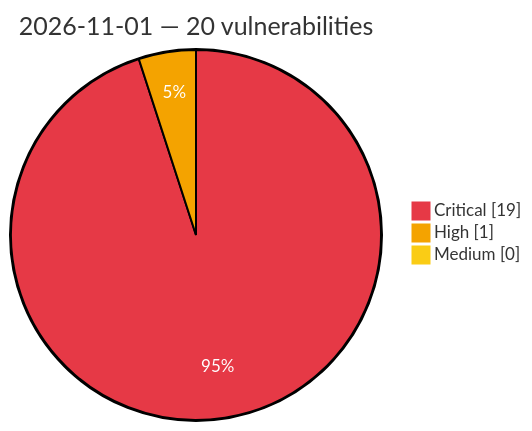
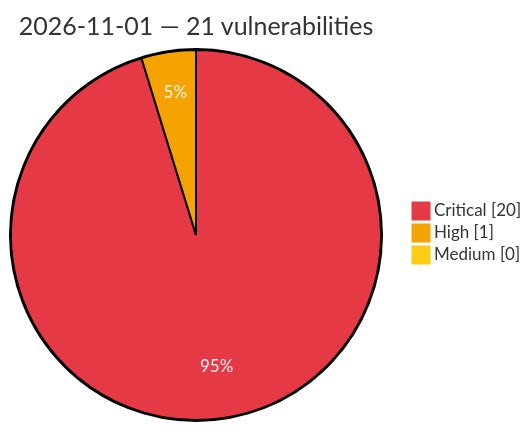
Before and after one commit to GhostX0X/vuln-tracker: the diagram in vulnerabilities/2026/November/2026-11-01.md, drawn with Mermaid. The commit also changed other lines of this file and 5 other files, not shown here.

````diff
--- a/vulnerabilities/2026/November/2026-11-01.md
+++ b/vulnerabilities/2026/November/2026-11-01.md
@@ -3,8 +3,8 @@
 ```mermaid
 %%{init: {'theme':'base', 'themeVariables': {'pie1':'#e63946', 'pie2':'#f4a300', 'pie3':'#facc15', 'pieOpacity':'1', 'pieOuterStrokeWidth':'2px', 'pieSectionTextColor':'#ffffff'}}}%%
 pie showData
-    title 2026-11-01 — 20 vulnerabilities
-    "Critical" : 19
+    title 2026-11-01 — 21 vulnerabilities
+    "Critical" : 20
     "High" : 1
     "Medium" : 0
 ```
````
